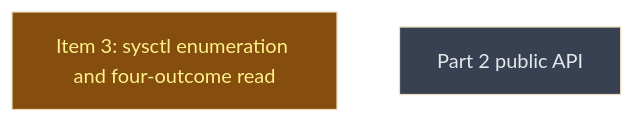
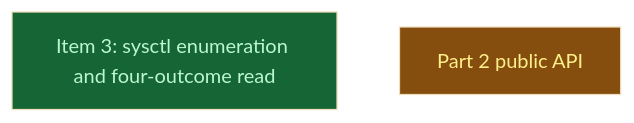
One commit to LittleCoinCoin/hypomnesis changed the diagram in __roadmap__/v0214-sandbox/part1/close/part2/README.md. Above: the diagram before and after it, drawn with Mermaid (base theme). The commit also changed other lines of this file and 2 other files, not shown here.

First line of the commit message:
docs(roadmap): kinfo_enumeration done; gpu_process_listing in progress

````diff
--- a/__roadmap__/v0214-sandbox/part1/close/part2/README.md
+++ b/__roadmap__/v0214-sandbox/part1/close/part2/README.md
@@ -23,10 +23,10 @@
 ```mermaid
 graph TD
-    kinfo_enumeration[Item 3: sysctl enumeration and four-outcome read]:::inprogress
-    api[Part 2 public API]:::planned
+    kinfo_enumeration[Item 3: sysctl enumeration and four-outcome read]:::done
+    api[Part 2 public API]:::inprogress
     classDef done       fill:#166534,color:#bbf7d0
     classDef inprogress fill:#854d0e,color:#fef08a
     classDef planned    fill:#374151,color:#e5e7eb
     classDef amendment  fill:#1e3a5f,color:#bfdbfe
     classDef blocked    fill:#7f1d1d,color:#fecaca
 ```
````
